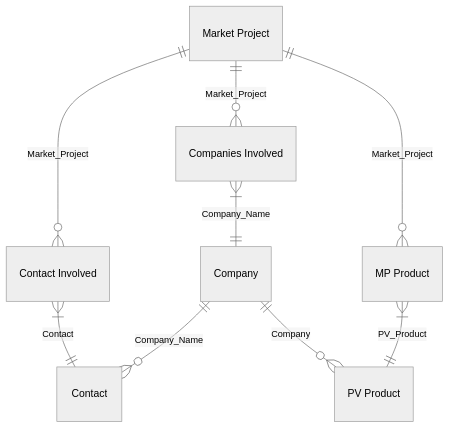
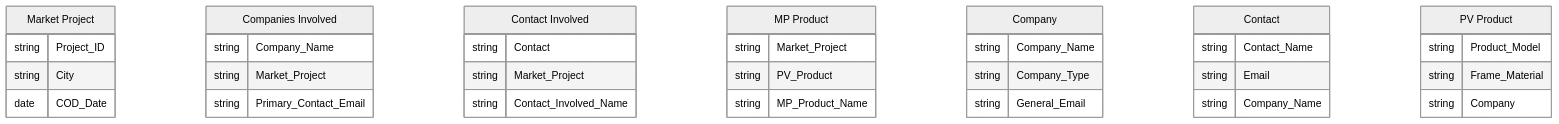
Before and after one commit to zhangziru-33/iodraw-files: the diagram in all/Norden数据E-R图(7个对象，+contact).md, drawn with Mermaid (neutral theme).

Commit message:
2025-12-04 16:34:14 update

````diff
--- a/all/Norden数据E-R图(7个对象，+contact).md
+++ b/all/Norden数据E-R图(7个对象，+contact).md
@@ -1,30 +1,69 @@
 ```mermaid
 erDiagram
 
 
-     
+    %% -- 中间关联层最后声明，放在右侧/底部
+    "Market Project" {
+        string Project_ID
+        string City
+        date COD_Date
+    }
+
+    "Companies Involved" {
+        string Company_Name
+        string Market_Project
+        string Primary_Contact_Email
+    }
+    "Contact Involved" {
+        string Contact
+        string Market_Project
+        string Contact_Involved_Name
+    }
+    "MP Product" {
+        string Market_Project
+        string PV_Product
+        string MP_Product_Name
+    }
+    %% -- 核心主实体优先声明，放在左侧/顶部
+    Company {
+        string Company_Name
+        string Company_Type
+        string General_Email
+    }
+   
+    %% -- 关联实体次之，围绕主实体排布
+    Contact {
+        string Contact_Name
+        string Email
+        string Company_Name
+    }
+    "PV Product" {
+        string Product_Model
+        string Frame_Material
+        string Company
+    }
 
     
     %% Company ||--o{ "PV Product" : "1对多（通过Company字段关联）"
     
     %% "Market Project" ||--o{ "Contact Involved" : "1对多（通过Market Project字段关联）"
     %% "Contact Involved" }|--|| "Contact" : "1对多\n（通过Contact字段关联）"
     %% %% Contact ||--o{ "Conatct Involved" : "1对多（通过Conatct字段关联）"
     %% Company ||--o{ "Contact" : "1对多（通过Company Name关联）"
     %% %% Company ||--o{ "Companies Involved" : "1对多（通过Company Name关联）"
     %% "Companies Involved" }|--|| "Company" : "多对一（通过Contact字段关联）"
     %% "Market Project" ||--o{ "Companies Involved" : "1对多（通过Master Project字段关联）"
     
 
     %% "Market Project" ||--o{ "MP Product" : "1对多（通过Market Project字段关联）"
     %% "MP Product" }|--|| "PV Product" : "1对多（通过PV Product字段关联）"
     
-    Company ||--o{ "PV Product" : "Company"
-    "Market Project" ||--o{ "Contact Involved" : "Market_Project"
-    "Contact Involved" }|--|| "Contact" : "Contact"
-    Company ||--o{ "Contact" : "Company_Name" 
-    "Companies Involved" }|--|| "Company" : "Company_Name"
-    "Market Project" ||--o{ "Companies Involved" : "Market_Project"
-    "Market Project" ||--o{ "MP Product" : "Market_Project"
-    "MP Product" }|--|| "PV Product" : "PV_Product"
+    %% Company ||--o{ "PV Product" : "Company"
+    %% "Market Project" ||--o{ "Contact Involved" : "Market_Project"
+    %% "Contact Involved" }|--|| "Contact" : "Contact"
+    %% Company ||--o{ "Contact" : "Company_Name" 
+    %% "Companies Involved" }|--|| "Company" : "Company_Name"
+    %% "Market Project" ||--o{ "Companies Involved" : "Market_Project"
+    %% "Market Project" ||--o{ "MP Product" : "Market_Project"
+    %% "MP Product" }|--|| "PV Product" : "PV_Product"
 ```
````
